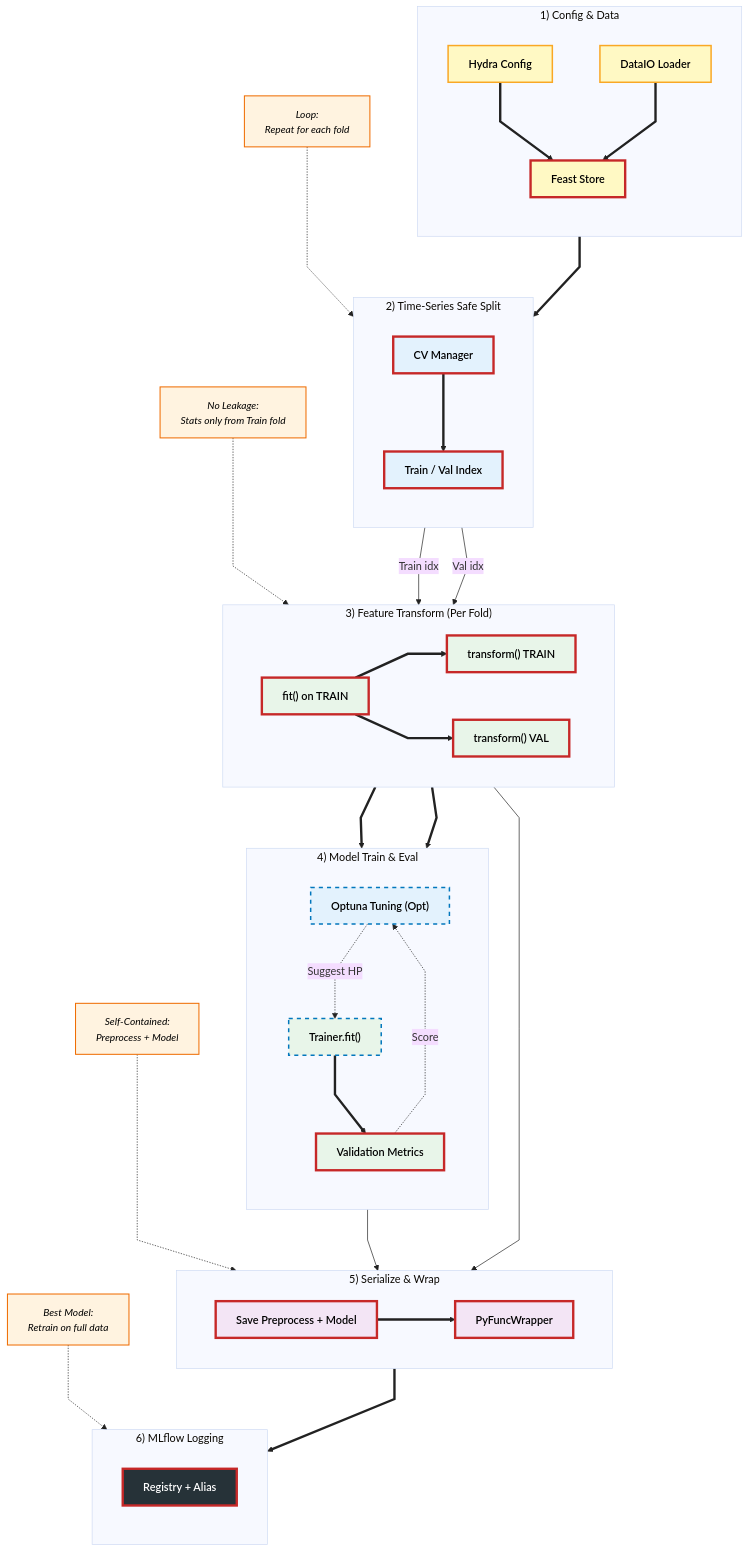
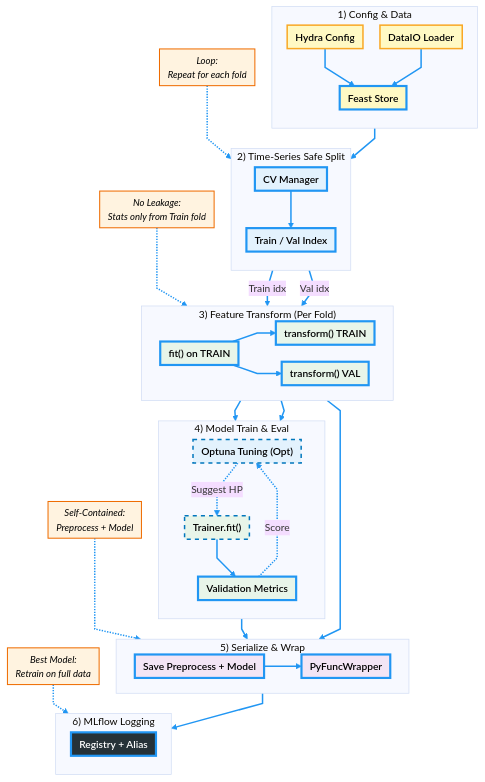
One commit to bambootran89/ml_pipeline_template changed the diagram in docs/offlineworkflow.md. Above: the diagram before and after it, drawn with Mermaid. The commit also changed other lines of this file and 2 other files, not shown here.

````diff
--- a/docs/offlineworkflow.md
+++ b/docs/offlineworkflow.md
@@ -17,16 +17,16 @@
 %%{init: {
   "theme": "base",
   "flowchart": {
-    "nodeSpacing": 70,
-    "rankSpacing": 90,
+    "nodeSpacing": 25,
+    "rankSpacing": 30,
     "curve": "linear",
-    "padding": 15
+    "padding": 6
   },
   "themeVariables": {
     "fontFamily": "Inter, Arial, sans-serif",
-    "fontSize": "16px",
-    "fontWeight": "500",
-    "lineColor": "#222",
+    "fontSize": "15px",
+    "fontWeight": "600",
+    "lineColor": "#2196f3",
     "edgeStrokeWidth": "2.2px",
     "nodeBorderRadius": "10px",
     "clusterBorderRadius": "12px"
@@ -40,9 +40,9 @@
     classDef compute fill:#e8f5e9,stroke:#2e7d32,stroke-width:2.2px,color:#000,font-weight:600
     classDef package fill:#f3e5f5,stroke:#6a1b9a,stroke-width:2.2px,color:#000,font-weight:600
     classDef storage fill:#263238,stroke:#000,stroke-width:2.5px,color:#fff,font-weight:600
-    classDef hotpath stroke:#c62828,stroke-width:3.5px
+    classDef hotpath stroke:#2196f3,stroke-width:3.2px
     classDef parampath stroke:#0277bd,stroke-width:2.2px,stroke-dasharray:6 6
-    classDef note fill:#fff3e0,stroke:#ef6c00,stroke-width:1.5px,color:#000,font-style:italic,font-size:15px
+    classDef note fill:#fff3e0,stroke:#ef6c00,stroke-width:1.5px,color:#000,font-style:italic,font-size:14px
 
     %% Phases
     subgraph Phase1["1) Config & Data"]
@@ -104,13 +104,17 @@
     Evaluate -.->|"Score"| Optuna:::parampath
 
     %% Notes
-    N1["No Leakage:\nStats only from Train fold"]:::note
-    N2["Self-Contained:\nPreprocess + Model"]:::note
-    N3["Loop:\nRepeat for each fold"]:::note
-    N4["Best Model:\nRetrain on full data"]:::note
+    N1["No Leakage:<br/>Stats only from Train fold"]:::note
+    N2["Self-Contained:<br/>Preprocess + Model"]:::note
+    N3["Loop:<br/>Repeat for each fold"]:::note
+    N4["Best Model:<br/>Retrain on full data"]:::note
 
     N1 -.-> TransFit
     N2 -.-> Wrapper
     N3 -.-> CVManager
     N4 -.-> MLflow
+
+    %% Global edge style
+    linkStyle default stroke:#2196f3,stroke-width:2.2px
+
 ```
````
